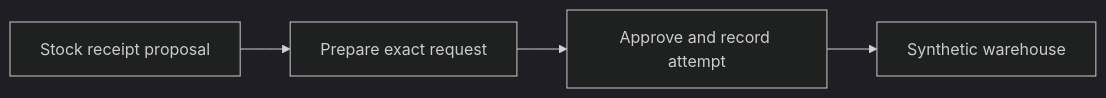
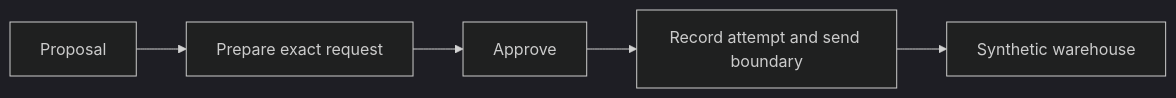
One commit to work-steward/agent-engine changed the second of 2 diagrams in README.md. Above: the diagram before and after it, drawn with Mermaid (dark theme). The commit also changed other lines of this file and 9 other files, not shown here.

````diff
--- a/README.md
+++ b/README.md
@@ -19,6 +66,7 @@
 ```mermaid
 flowchart LR
-    P["Stock receipt proposal"] --> I["Prepare exact request"]
-    I --> A["Approve and record attempt"]
-    A --> S["Synthetic warehouse"]
+    P["Proposal"] --> I["Prepare exact request"]
+    I --> A["Approve"]
+    A --> D["Record attempt and send boundary"]
+    D --> S["Synthetic warehouse"]
 ```
````
